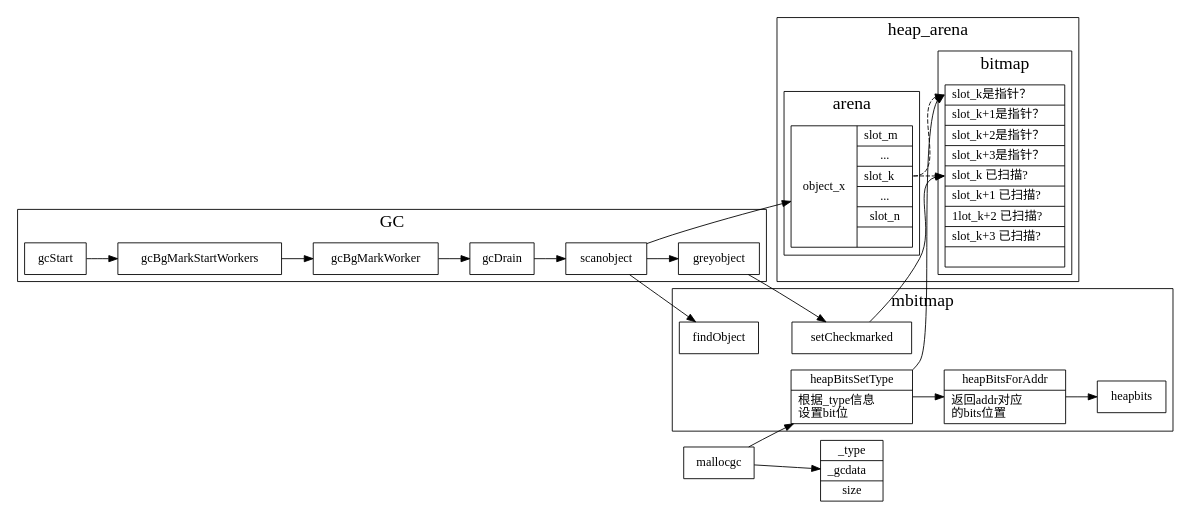
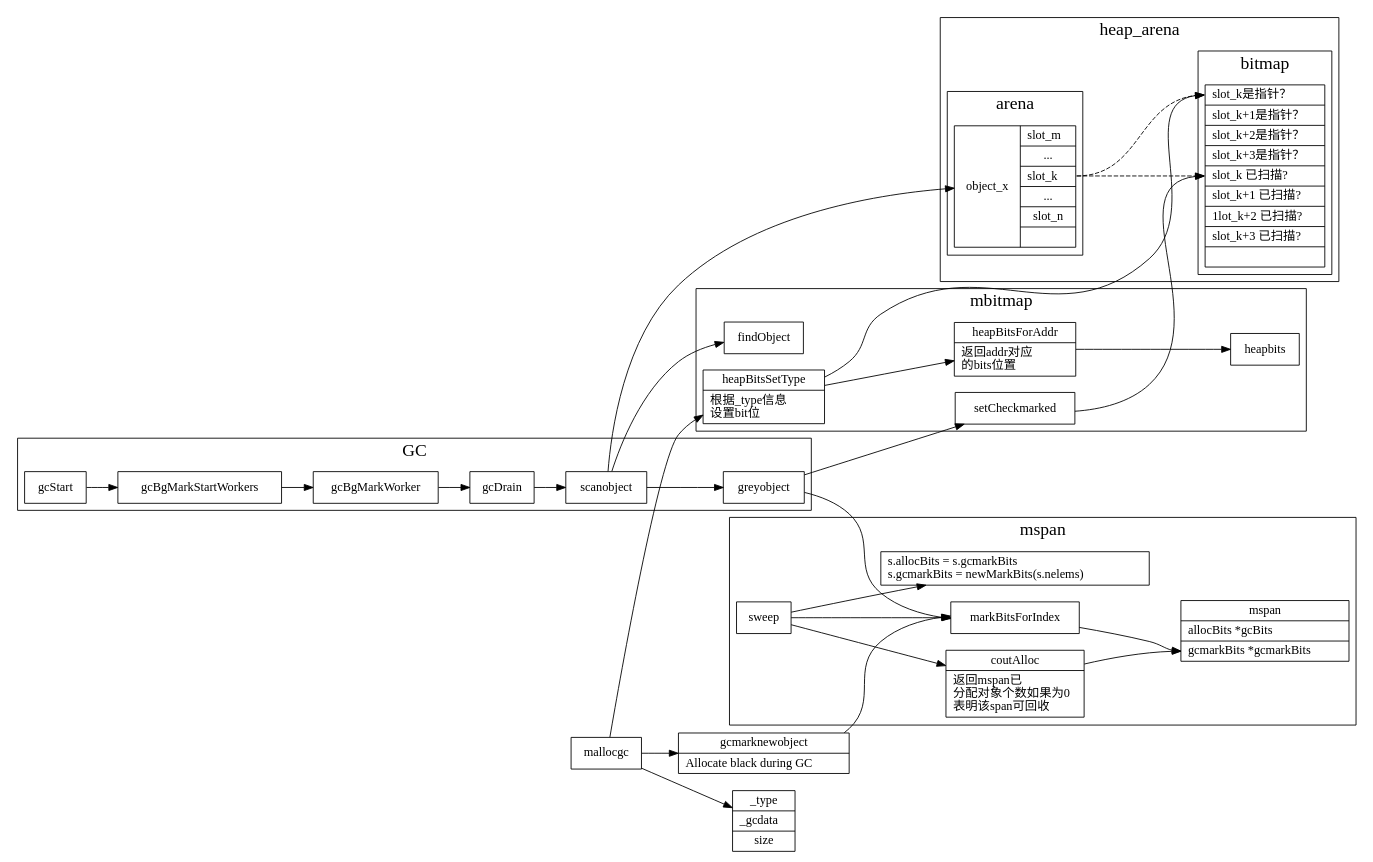
Before and after one commit to xieyu/blog: the diagram in src/golang/heapbits.dot, drawn with Graphviz. The commit also changed 9 other files, not shown here.

```diff
--- a/src/golang/heapbits.dot
+++ b/src/golang/heapbits.dot
@@ -1,84 +1,124 @@
 digraph heapbits {
   node[shape=box];
   newrank=true;
   rankdir=LR;
   heapBitsSetType[shape="record";
     label="{{
       heapBitsSetType|
         根据_type信息\l 
         设置bit位\l
     }}";
   ];
   heapBitsForAddr[shape="record";
     label="{{
       heapBitsForAddr|
         返回addr对应\l 
         的bits位置\l
     }}";
   ];
   _type[shape="record";
     label="{{
       _type|
         _gcdata\l|
         size
     }}";
   ];
+  gcmarknewobject[shape="record";
+    label="{{
+      gcmarknewobject|
+        Allocate black during GC\l
+    }}";
+  ];
   subgraph cluster_GC {
     graph[label="GC";fontsize=20;];
     gcStart -> gcBgMarkStartWorkers -> gcBgMarkWorker;
     gcBgMarkWorker -> gcDrain -> scanobject -> greyobject;
   };
   subgraph cluster_mbitmap {
     graph[label="mbitmap";fontsize=20;];
     heapBitsSetType;
     heapBitsForAddr;
     heapbits;
     findObject;
     setCheckmarked;
     heapBitsSetType -> heapBitsForAddr -> heapbits;
   };
+
+  subgraph cluster_mspan {
+    graph[label="mspan";fontsize=20;];
+    mspan[shape="record";
+    label="{{
+      mspan|
+        <allocBits> allocBits *gcBits\l|
+        <gcmarkBits> gcmarkBits *gcmarkBits\l
+    }}";
+    ];
+    coutAlloc[shape="record";
+    label="{{
+      coutAlloc|
+        返回mspan已\l 
+        分配对象个数如果为0\l 
+        表明该span可回收\l
+    }}";
+    ];
+    resetBits[shape="record";
+    label="{{
+      s.allocBits = s.gcmarkBits\l
+        s.gcmarkBits = newMarkBits(s.nelems)\l
+    }}";
+    ];
+    markBitsForIndex -> mspan:gcmarkBits;
+    coutAlloc -> mspan:gcmarkBits;
+    sweep -> {
+      markBitsForIndex;
+      resetBits;
+      coutAlloc;
+    }
+  };
+
   subgraph cluster_heap_arena {
     graph[label="heap_arena";fontsize=20;];
     subgraph cluster_bitmap {
       graph[label="bitmap";fontsize=20;];
       bitmap[shape="record";
-        label="{
-          {<isPointer>  slot_k是指针？\l|
+      label="{
+        {<isPointer>  slot_k是指针？\l|
           slot_k+1是指针？\l|
-          slot_k+2是指针？\l|
-          slot_k+3是指针？\l|
-          <isMark> slot_k  已扫描?\l|
-          slot_k+1 已扫描?\l|
-          1lot_k+2 已扫描?\l|
-          slot_k+3 已扫描?\l|
-          }
-        }";
+            slot_k+2是指针？\l|
+            slot_k+3是指针？\l|
+            <isMark> slot_k  已扫描?\l|
+            slot_k+1 已扫描?\l|
+            1lot_k+2 已扫描?\l|
+            slot_k+3 已扫描?\l|
+        }
+      }";
       ];
-    }
+    };
 
     subgraph cluster_arena {
       graph[label="arena";fontsize=20;];
       arena[shape="record";
-        label="
-            {object_x|{
-              slot_m\l|
-              ...|
-              <slot> slot_k\l|
-              ...|
-              slot_n|
-            }}";
+      label="
+      {object_x|{
+                  slot_m\l|
+                    ...|
+                    <slot> slot_k\l|
+                    ...|
+                    slot_n|
+                }}";
       ];
       arena:slot -> bitmap:isPointer[style=dashed];
       arena:slot -> bitmap:isMark[style=dashed];
     };
-    
   }
 
   scanobject -> findObject;
   greyobject -> setCheckmarked;
+  greyobject -> markBitsForIndex;
   mallocgc -> heapBitsSetType;
+  mallocgc -> gcmarknewobject -> markBitsForIndex;
   mallocgc -> _type;
   setCheckmarked -> bitmap:isMark;
   scanobject -> arena;
   heapBitsSetType -> bitmap:isPointer;
 }
```
